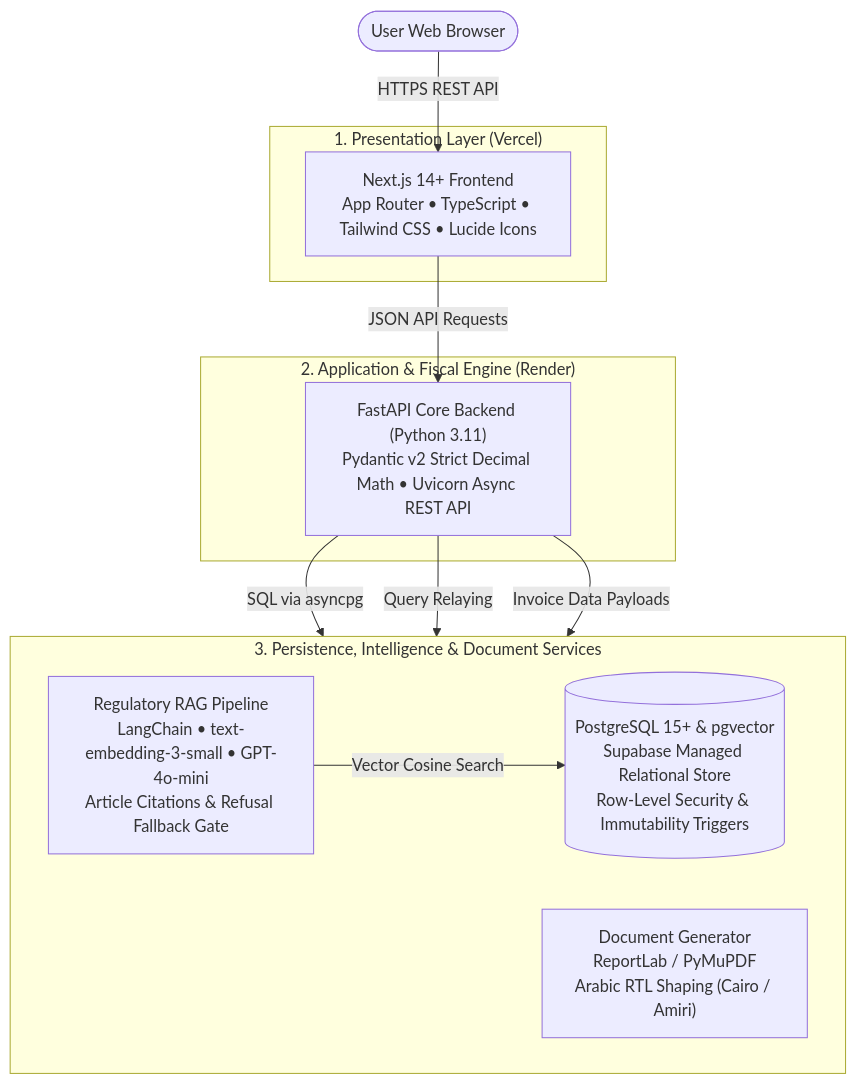
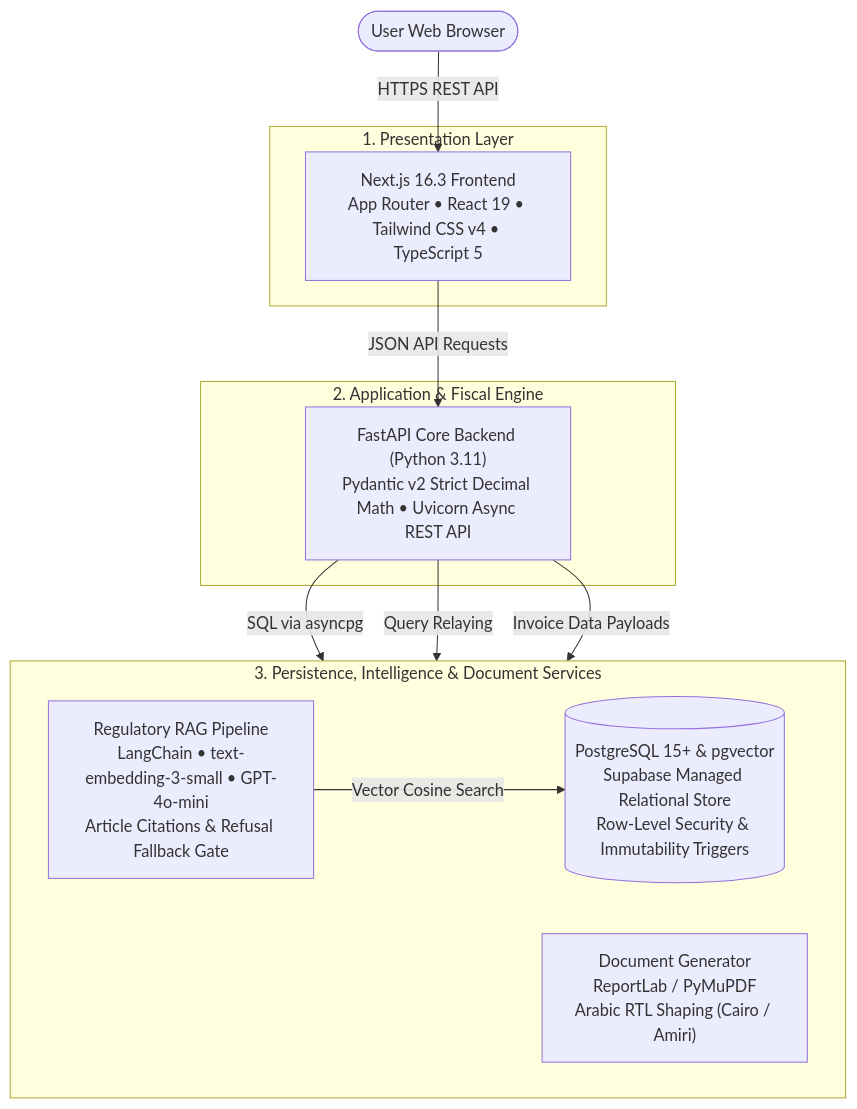
The first of 7 diagrams in README.md (AYA-BACHA/MoukawilOS), drawn with Mermaid before and after one commit. The commit also changed other lines of this file and 20 other files, not shown here.

````diff
--- a/README.md
+++ b/README.md
@@ -141,26 +140,26 @@
 ```mermaid
 flowchart TD
     Client(["User Web Browser"])
 
-    subgraph PresentationTier ["1. Presentation Layer (Vercel)"]
-        NextApp["Next.js 14+ Frontend<br/>App Router • TypeScript • Tailwind CSS • Lucide Icons"]
+    subgraph PresentationTier ["1. Presentation Layer"]
+        NextApp["Next.js 16.3 Frontend<br/>App Router • React 19 • Tailwind CSS v4 • TypeScript 5"]
     end
 
-    subgraph BackendTier ["2. Application & Fiscal Engine (Render)"]
+    subgraph BackendTier ["2. Application & Fiscal Engine"]
         FastAPI["FastAPI Core Backend (Python 3.11)<br/>Pydantic v2 Strict Decimal Math • Uvicorn Async REST API"]
     end
 
     subgraph ServicesTier ["3. Persistence, Intelligence & Document Services"]
         direction LR
         DB[("PostgreSQL 15+ & pgvector<br/>Supabase Managed Relational Store<br/>Row-Level Security & Immutability Triggers")]
         RAG["Regulatory RAG Pipeline<br/>LangChain • text-embedding-3-small • GPT-4o-mini<br/>Article Citations & Refusal Fallback Gate"]
         PDF["Document Generator<br/>ReportLab / PyMuPDF<br/>Arabic RTL Shaping (Cairo / Amiri)"]
     end
 
     Client -->|HTTPS REST API| NextApp
     NextApp -->|JSON API Requests| FastAPI
     FastAPI -->|SQL via asyncpg| DB
     FastAPI -->|Query Relaying| RAG
     FastAPI -->|Invoice Data Payloads| PDF
     RAG -->|Vector Cosine Search| DB
 ```
````
